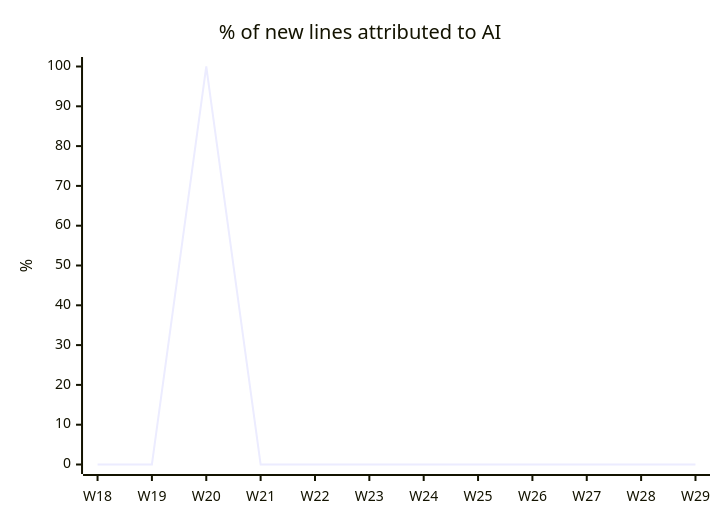
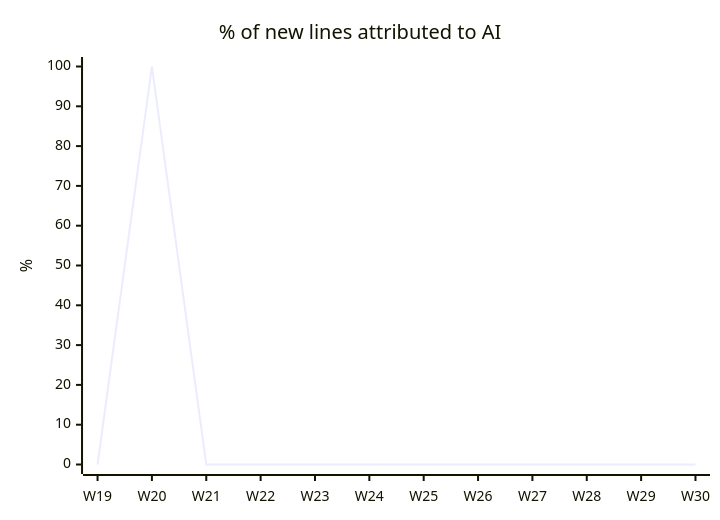
Before and after one commit to fromwaydowntown/ai-use: the first of 4 diagrams in docs/AI_USAGE.md, drawn with Mermaid. The commit also changed other lines of this file, not shown here.

````diff
--- a/docs/AI_USAGE.md
+++ b/docs/AI_USAGE.md
@@ -17,7 +17,7 @@
 ```mermaid
 xychart-beta
     title "% of new lines attributed to AI"
-    x-axis ["W18", "W19", "W20", "W21", "W22", "W23", "W24", "W25", "W26", "W27", "W28", "W29"]
+    x-axis ["W19", "W20", "W21", "W22", "W23", "W24", "W25", "W26", "W27", "W28", "W29", "W30"]
     y-axis "%" 0 --> 100
-    line [0, 0, 100, 0, 0, 0, 0, 0, 0, 0, 0, 0]
+    line [0, 100, 0, 0, 0, 0, 0, 0, 0, 0, 0, 0]
 ```
````
